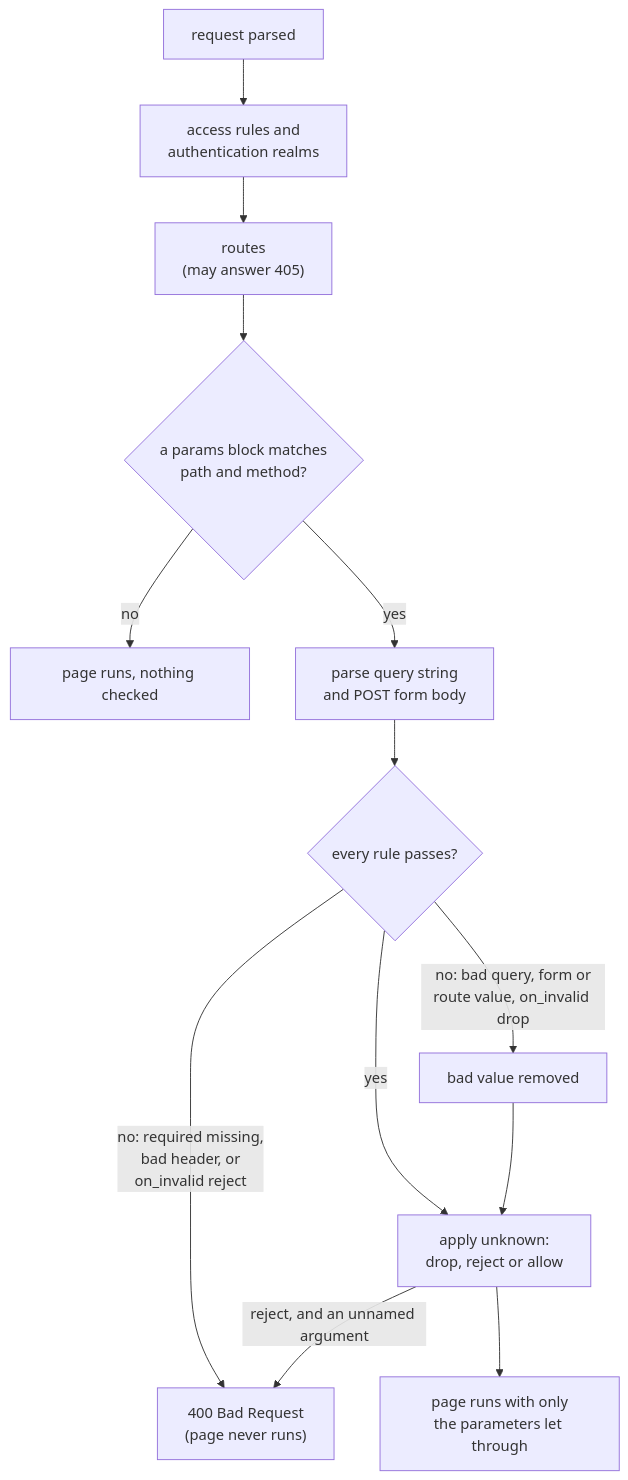
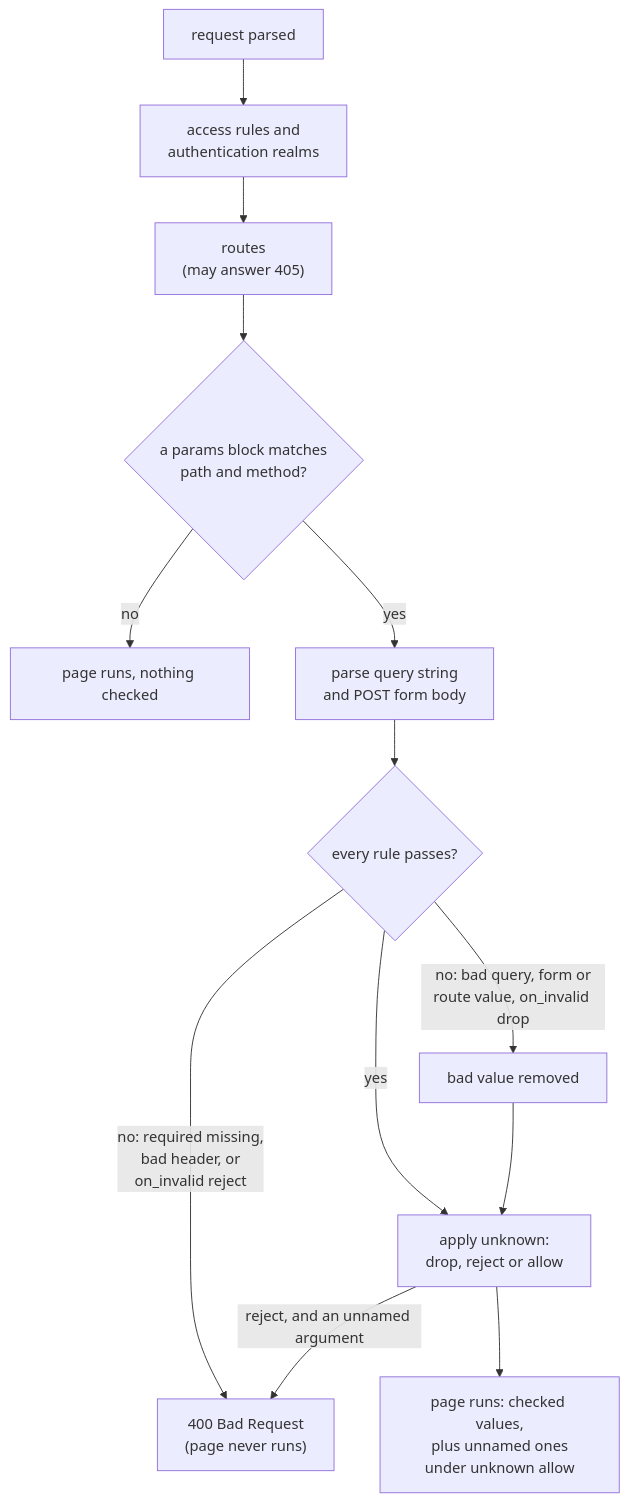
Before and after one commit to DanielTillett/klin: the diagram in doc/VALIDATE.md, drawn with Mermaid. The commit also changed other lines of this file and 20 other files, not shown here.

````diff
--- a/doc/VALIDATE.md
+++ b/doc/VALIDATE.md
@@ -86,15 +89,15 @@
 ```mermaid
 flowchart TD
     A["request parsed"] --> B["access rules and<br/>authentication realms"]
     B --> C["routes<br/>(may answer 405)"]
     C --> D{"a params block matches<br/>path and method?"}
     D -- no --> P["page runs, nothing checked"]
     D -- yes --> E["parse query string<br/>and POST form body"]
     E --> F{"every rule passes?"}
     F -- "no: required missing,<br/>bad header, or<br/>on_invalid reject" --> X["400 Bad Request<br/>(page never runs)"]
     F -- "no: bad query, form or<br/>route value, on_invalid drop" --> G["bad value removed"]
     F -- yes --> H["apply unknown:<br/>drop, reject or allow"]
     G --> H
     H -- "reject, and an unnamed argument" --> X
-    H --> Q["page runs with only<br/>the parameters let through"]
+    H --> Q["page runs: checked values,<br/>plus unnamed ones<br/>under unknown allow"]
 ```
````
